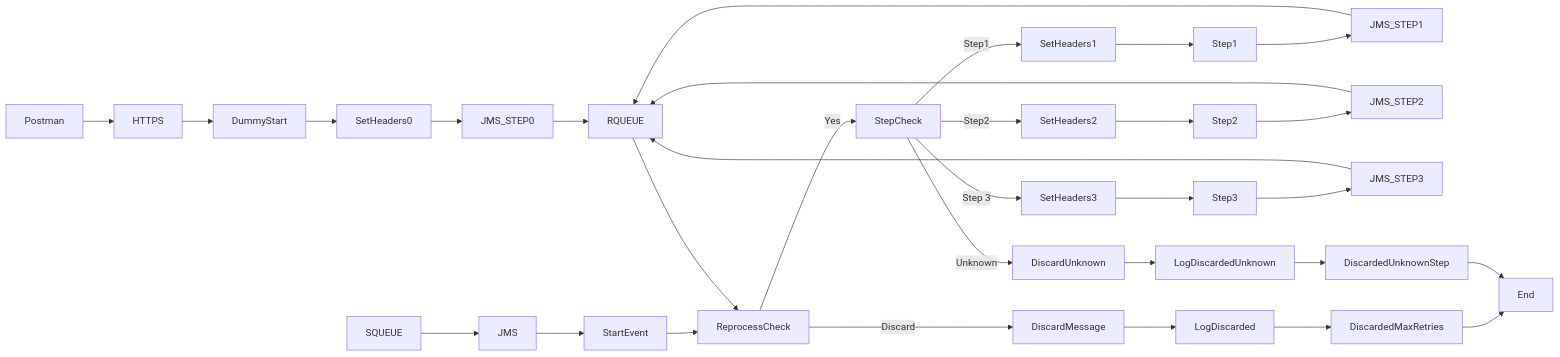
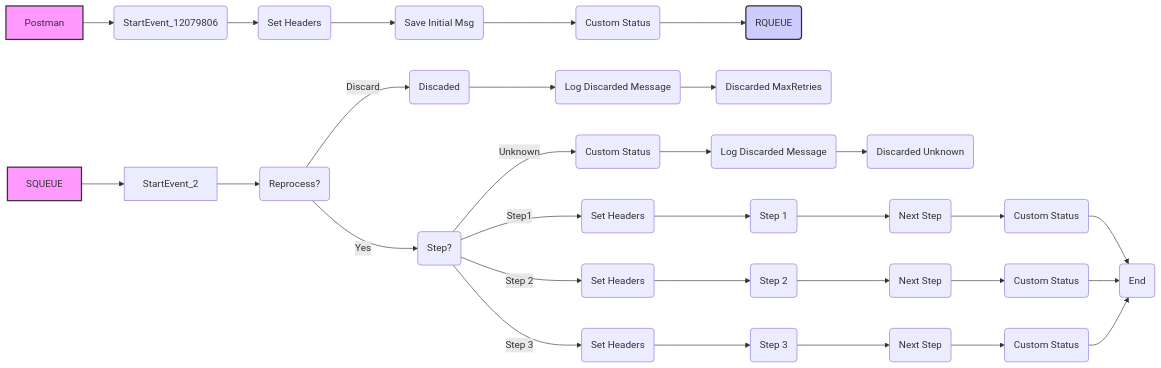
Before and after one commit to Avvale-IA-CICD/AvvaleCPI: the diagram in MMZ - Cell Iflows/SEDA_Model_-_Single_Queue_-_Restart_and_Discard_MMZ-1.0.1/readme.md, drawn with Mermaid. The commit also changed other lines of this file, not shown here.

Commit message:
Add/update documentation for SEDA_Model_-_Single_Queue_-_Restart_and_Discard_MMZ v1.0.1

````diff
--- a/MMZ - Cell Iflows/SEDA_Model_-_Single_Queue_-_Restart_and_Discard_MMZ-1.0.1/readme.md
+++ b/MMZ - Cell Iflows/SEDA_Model_-_Single_Queue_-_Restart_and_Discard_MMZ-1.0.1/readme.md
@@ -5,33 +4,36 @@
 ```mermaid
 graph LR
-    Postman --> HTTPS --> DummyStart
-    SQUEUE --> JMS --> StartEvent
-    StartEvent --> ReprocessCheck
-    ReprocessCheck -- Discard --> DiscardMessage
-    ReprocessCheck -- Yes --> StepCheck
-    StepCheck -- Step1 --> SetHeaders1
-    StepCheck -- Step2 --> SetHeaders2
-    StepCheck -- Step 3 --> SetHeaders3
-    StepCheck -- Unknown --> DiscardUnknown
-
-    SetHeaders1 --> Step1
-    SetHeaders2 --> Step2
-    SetHeaders3 --> Step3
-
-    Step1 --> JMS_STEP1 --> RQUEUE
-    Step2 --> JMS_STEP2 --> RQUEUE
-    Step3 --> JMS_STEP3 --> RQUEUE
-
-    DiscardMessage --> LogDiscarded
-    DiscardUnknown --> LogDiscardedUnknown
-
-    LogDiscarded --> DiscardedMaxRetries
-    LogDiscardedUnknown --> DiscardedUnknownStep
-
-    DiscardedMaxRetries --> End
-    DiscardedUnknownStep --> End
-
-    DummyStart --> SetHeaders0
-    SetHeaders0 --> JMS_STEP0 --> RQUEUE
-    RQUEUE --> ReprocessCheck
+    Postman --> HTTPS(StartEvent_12079806)
+    HTTPS --> SetHeaders0(Set Headers)
+    SetHeaders0 --> SaveInitialMsg(Save Initial Msg)
+    SaveInitialMsg --> CustomStatus0(Custom Status)
+    CustomStatus0 --> RQueue(RQUEUE)
+    StartEvent_2 --> ReprocessQuestion(Reprocess?)
+    ReprocessQuestion -- Discard --> DiscardMaxRetriesStatus(Discaded)
+    DiscardMaxRetriesStatus --> LogDiscarded(Log Discarded Message)
+    LogDiscarded --> DiscardedMaxRetries(Discarded MaxRetries)
+    ReprocessQuestion -- Yes --> StepQuestion(Step?)
+    StepQuestion -- Step1 --> SetHeaders1(Set Headers)
+    StepQuestion -- Step 2 --> SetHeaders2(Set Headers)
+    StepQuestion -- Step 3 --> SetHeaders3(Set Headers)
+    StepQuestion -- Unknown --> DiscardUnknownStatus(Custom Status)
+    DiscardUnknownStatus --> LogDiscardedUnknown(Log Discarded Message)
+    LogDiscardedUnknown --> DiscardedUnknown(Discarded Unknown)
+    SetHeaders1 --> Step1(Step 1)
+    SetHeaders2 --> Step2(Step 2)
+    SetHeaders3 --> Step3(Step 3)
+    Step1 --> JMS_STEP1(Next Step)
+    Step2 --> JMS_STEP2(Next Step)
+    Step3 --> JMS_STEP3(Next Step)
+    JMS_STEP1 --> CustomStatus1(Custom Status)
+    JMS_STEP2 --> CustomStatus2(Custom Status)
+    JMS_STEP3 --> CustomStatus3(Custom Status)
+    CustomStatus1 --> EndEvent(End)
+    CustomStatus2 --> EndEvent(End)
+    CustomStatus3 --> EndEvent(End)
+    SQUEUE --> StartEvent_2
+    classDef sender fill:#f9f,stroke:#333,stroke-width:2px
+    classDef receiver fill:#ccf,stroke:#333,stroke-width:2px
+    class Postman,SQUEUE sender
+    class RQueue receiver
 ```
````
